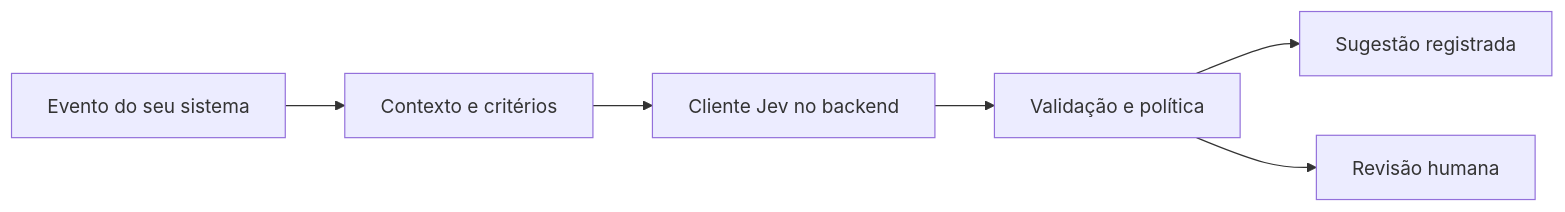
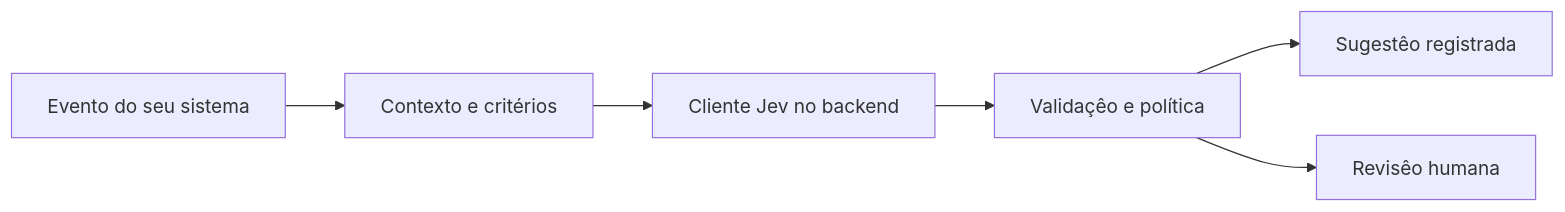
Before and after one commit to linnoff88-dev/arckhe-jev: the diagram in pacotes/INTEGRACAO.md, drawn with Mermaid. The commit also changed other lines of this file and 128 other files, not shown here.

````diff
--- a/pacotes/INTEGRACAO.md
+++ b/pacotes/INTEGRACAO.md
@@ -5,8 +5,8 @@
 ```mermaid
 flowchart LR
   A[Evento do seu sistema] --> B[Contexto e critérios]
   B --> C[Cliente Jev no backend]
-  C --> D[Validação e política]
-  D --> E[Sugestão registrada]
-  D --> F[Revisão humana]
+  C --> D[Validaçêo e política]
+  D --> E[Sugestêo registrada]
+  D --> F[Revisêo humana]
 ```
````
